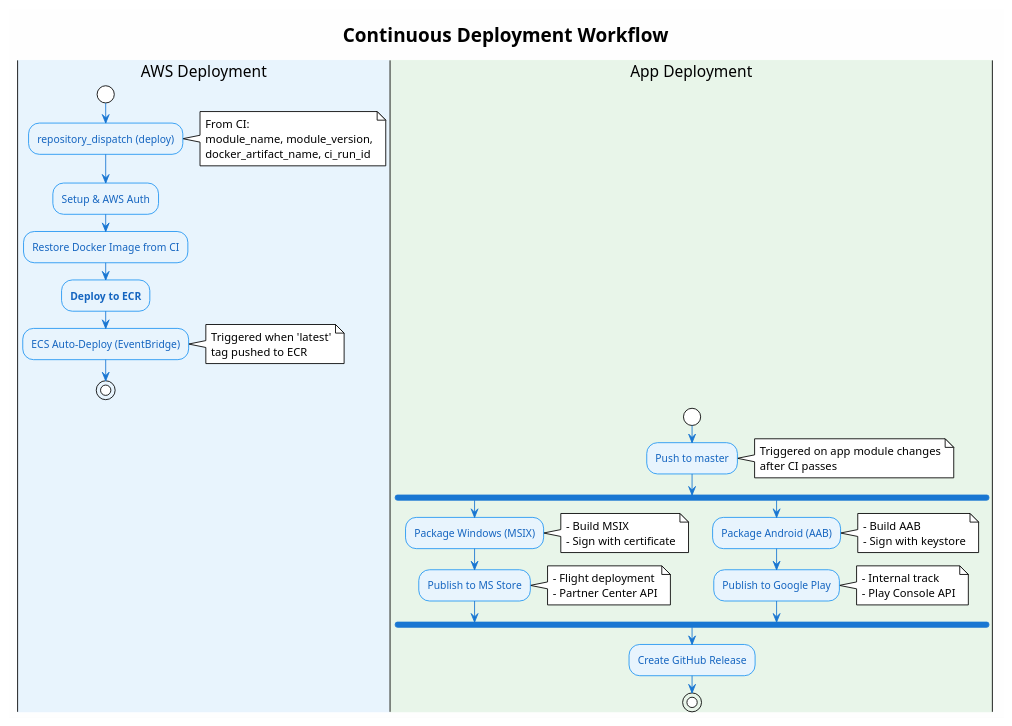
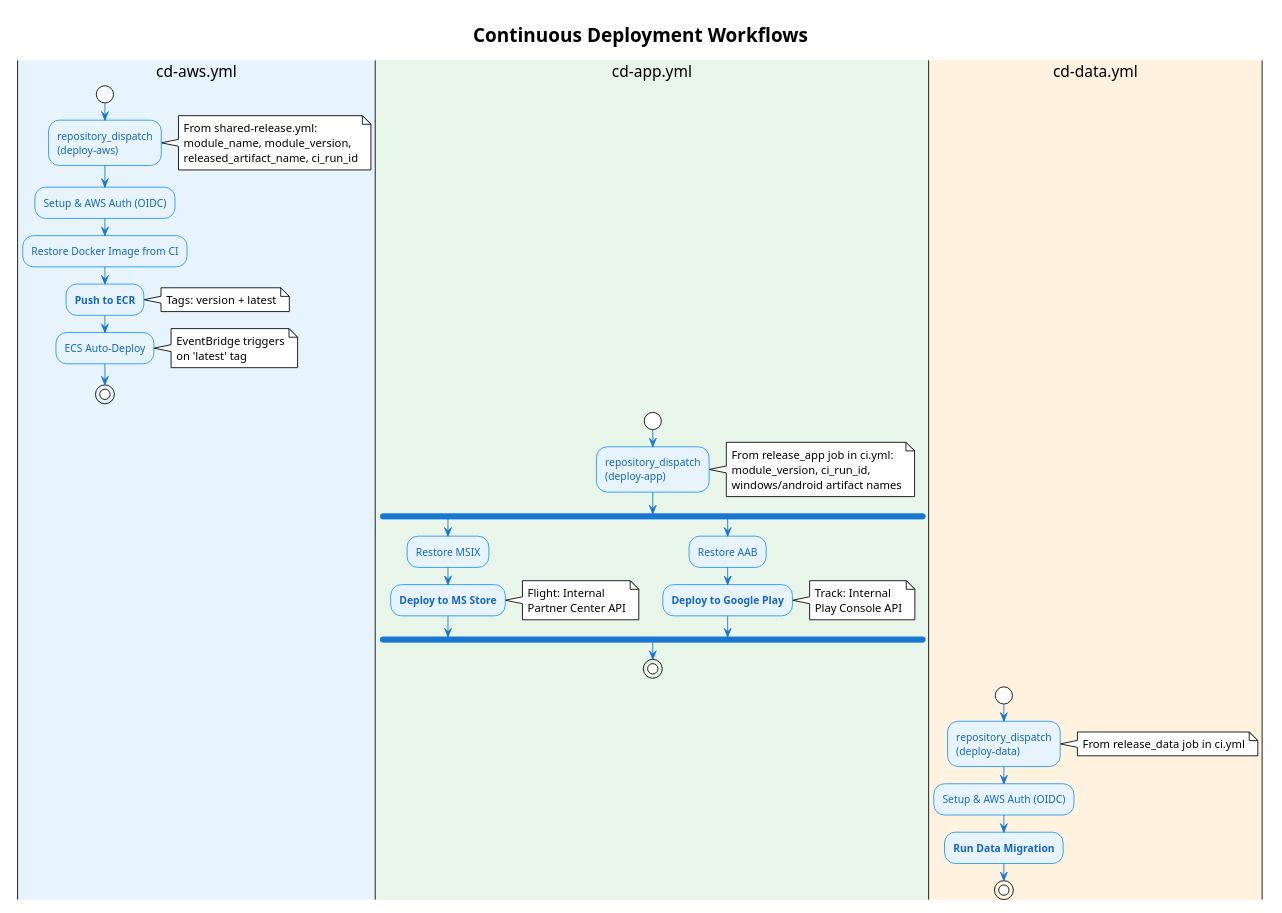
One commit to bible-on-site/bible-on-site changed the diagram in docs/github/workflows/cd/cd.puml. Above: the diagram before and after it, drawn with PlantUML. The commit also changed 7 other files, not shown here.

```diff
--- a/docs/github/workflows/cd/cd.puml
+++ b/docs/github/workflows/cd/cd.puml
@@ -1,66 +1,71 @@
 @startuml CD Workflow
 !theme plain
 skinparam backgroundColor #FEFEFE
 skinparam ActivityBackgroundColor #E8F4FD
 skinparam ActivityBorderColor #2196F3
 skinparam ActivityFontColor #1565C0
 skinparam ArrowColor #1976D2
 skinparam ActivityBarColor #1976D2
 
-title Continuous Deployment Workflow
+title Continuous Deployment Workflows
 
-|#E8F4FD|AWS Deployment|
+|#E8F4FD|cd-aws.yml|
 start
-:repository_dispatch (deploy);
+:repository_dispatch\n(deploy-aws);
 note right
-  From CI:
+  From shared-release.yml:
   module_name, module_version,
-  docker_artifact_name, ci_run_id
+  released_artifact_name, ci_run_id
 end note
 
-:Setup & AWS Auth;
+:Setup & AWS Auth (OIDC);
 :Restore Docker Image from CI;
-:**Deploy to ECR**;
-:ECS Auto-Deploy (EventBridge);
+:**Push to ECR**;
 note right
-  Triggered when 'latest'
-  tag pushed to ECR
+  Tags: version + latest
+end note
+:ECS Auto-Deploy;
+note right
+  EventBridge triggers
+  on 'latest' tag
 end note
 stop
 
-|#E8F5E9|App Deployment|
+|#E8F5E9|cd-app.yml|
 start
-:Push to master;
+:repository_dispatch\n(deploy-app);
 note right
-  Triggered on app module changes
-  after CI passes
+  From release_app job in ci.yml:
+  module_version, ci_run_id,
+  windows/android artifact names
 end note
 
 fork
-  :Package Windows (MSIX);
+  :Restore MSIX;
+  :**Deploy to MS Store**;
   note right
-    - Build MSIX
-    - Sign with certificate
-  end note
-  :Publish to MS Store;
-  note right
-    - Flight deployment
-    - Partner Center API
+    Flight: Internal
+    Partner Center API
   end note
 fork again
-  :Package Android (AAB);
+  :Restore AAB;
+  :**Deploy to Google Play**;
   note right
-    - Build AAB
-    - Sign with keystore
-  end note
-  :Publish to Google Play;
-  note right
-    - Internal track
-    - Play Console API
+    Track: Internal
+    Play Console API
   end note
 end fork
+stop
 
-:Create GitHub Release;
+|#FFF3E0|cd-data.yml|
+start
+:repository_dispatch\n(deploy-data);
+note right
+  From release_data job in ci.yml
+end note
+
+:Setup & AWS Auth (OIDC);
+:**Run Data Migration**;
 stop
 
 @enduml
```
